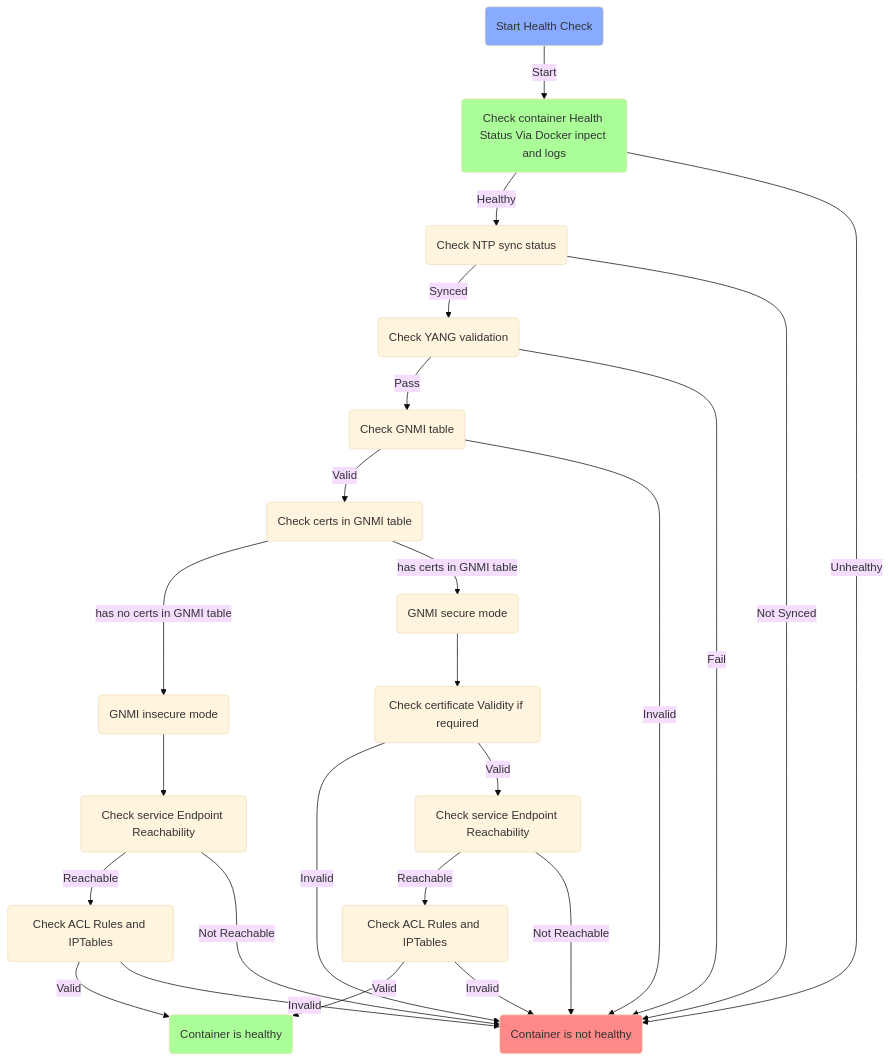
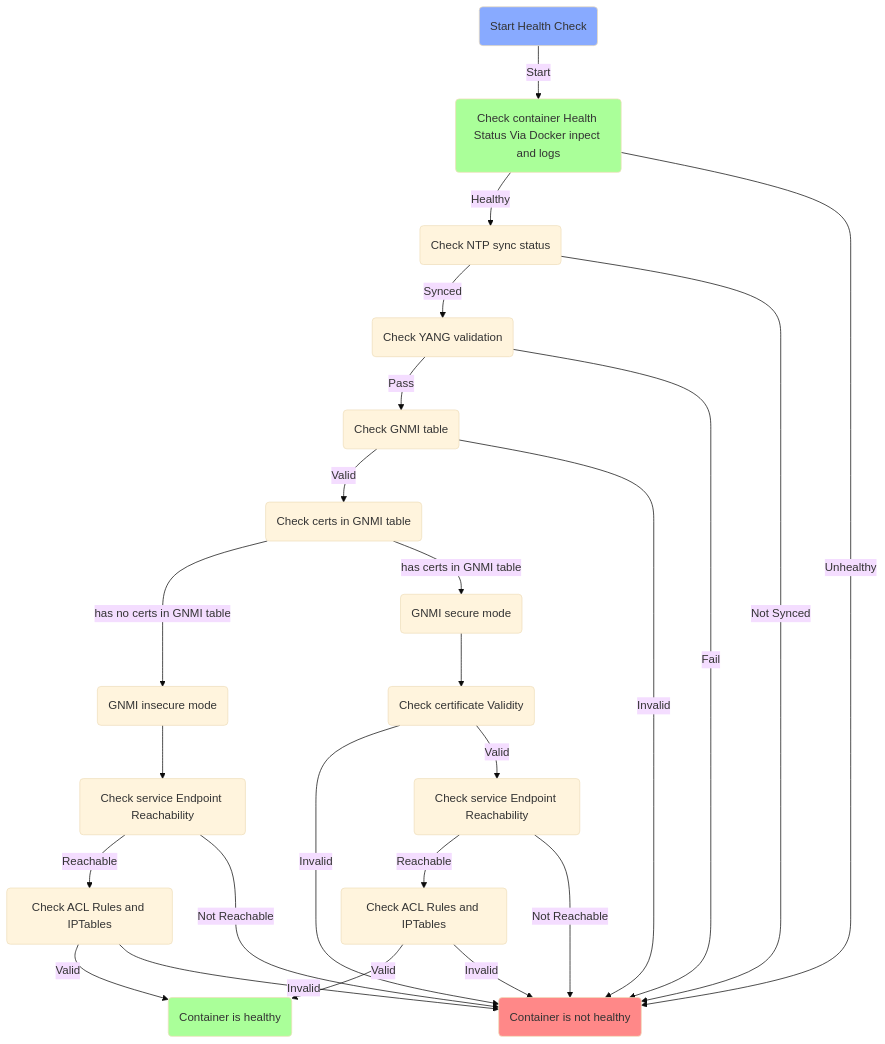
Before and after one commit to ganglyu/mermaid: the diagram in gnmi_wd.md, drawn with Mermaid (base theme).

````diff
--- a/gnmi_wd.md
+++ b/gnmi_wd.md
@@ -1,46 +1,46 @@
 ```mermaid
 flowchart
     id_health(Start Health Check)
     style id_health fill:#8AF
     id_container(Check container Health Status Via Docker inpect and logs)
     style id_container fill:#AF9
     id_ntp(Check NTP sync status)
     id_yang(Check YANG validation)
     id_gnmi(Check GNMI table)
     id_gnmi_certs(Check certs in GNMI table)
     id_insecure(GNMI insecure mode)
     id_secure(GNMI secure mode)
     id_endpoint1(Check service Endpoint Reachability)
     id_acl1(Check ACL Rules and IPTables)
     id_endpoint2(Check service Endpoint Reachability)
     id_acl2(Check ACL Rules and IPTables)
-    id_cert_valid(Check certificate Validity if required)
+    id_cert_valid(Check certificate Validity)
     id_container_healthy(Container is healthy)
     style id_container_healthy fill:#AF9
     id_container_not_healthy(Container is not healthy)
     style id_container_not_healthy fill:#F88
 
     id_health-->|Start|id_container
     id_container-->|Healthy|id_ntp
     id_container-->|Unhealthy|id_container_not_healthy
     id_ntp-->|Synced|id_yang
     id_ntp-->|Not Synced|id_container_not_healthy
     id_yang-->|Pass|id_gnmi
     id_yang-->|Fail|id_container_not_healthy
     id_gnmi-->|Valid|id_gnmi_certs
     id_gnmi-->|Invalid|id_container_not_healthy
     id_gnmi_certs-->|has no certs in GNMI table|id_insecure
     id_gnmi_certs-->|has certs in GNMI table|id_secure
     id_secure-->id_cert_valid
     id_cert_valid-->|Invalid|id_container_not_healthy
     id_cert_valid-->|Valid|id_endpoint1
     id_endpoint1-->|Reachable|id_acl1
     id_endpoint1-->|Not Reachable|id_container_not_healthy
     id_acl1-->|Valid|id_container_healthy
     id_acl1-->|Invalid|id_container_not_healthy
     id_insecure-->id_endpoint2
     id_endpoint2-->|Reachable|id_acl2
     id_endpoint2-->|Not Reachable|id_container_not_healthy
     id_acl2-->|Valid|id_container_healthy
     id_acl2-->|Invalid|id_container_not_healthy
 ```
````
